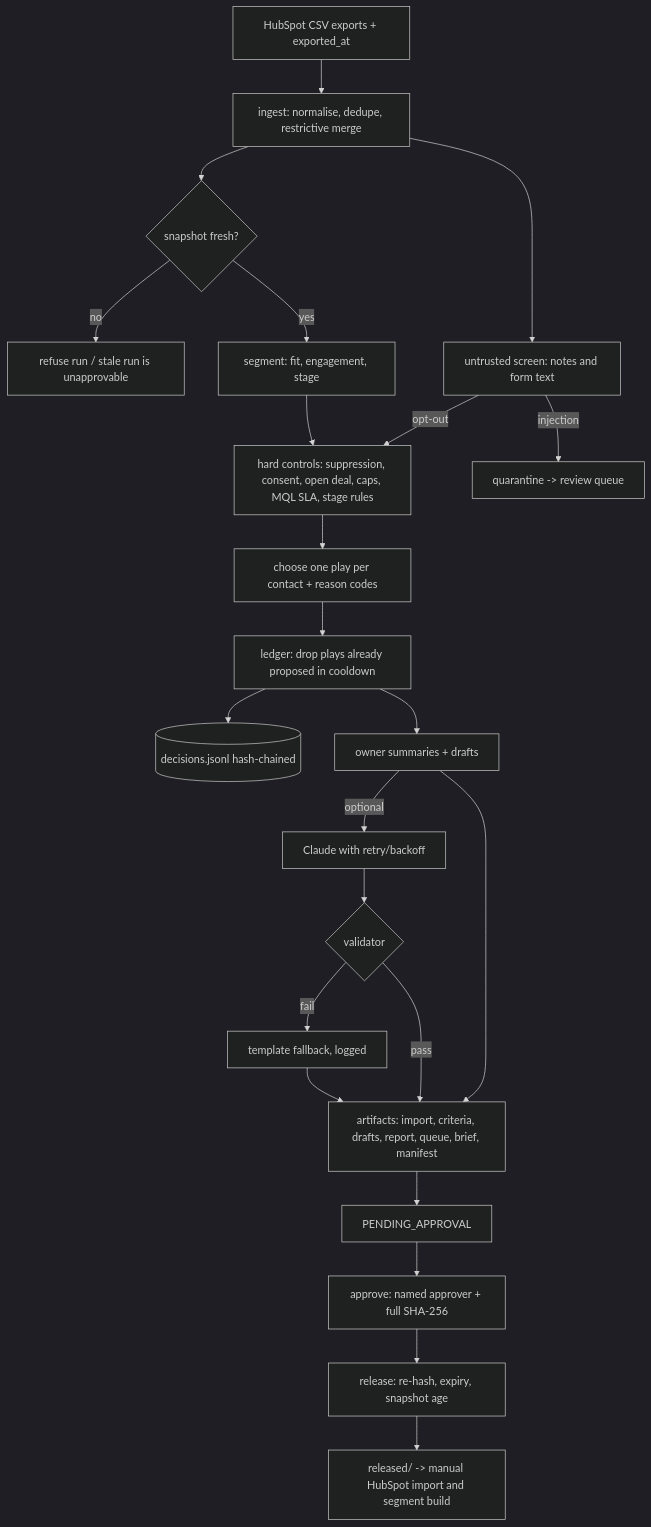
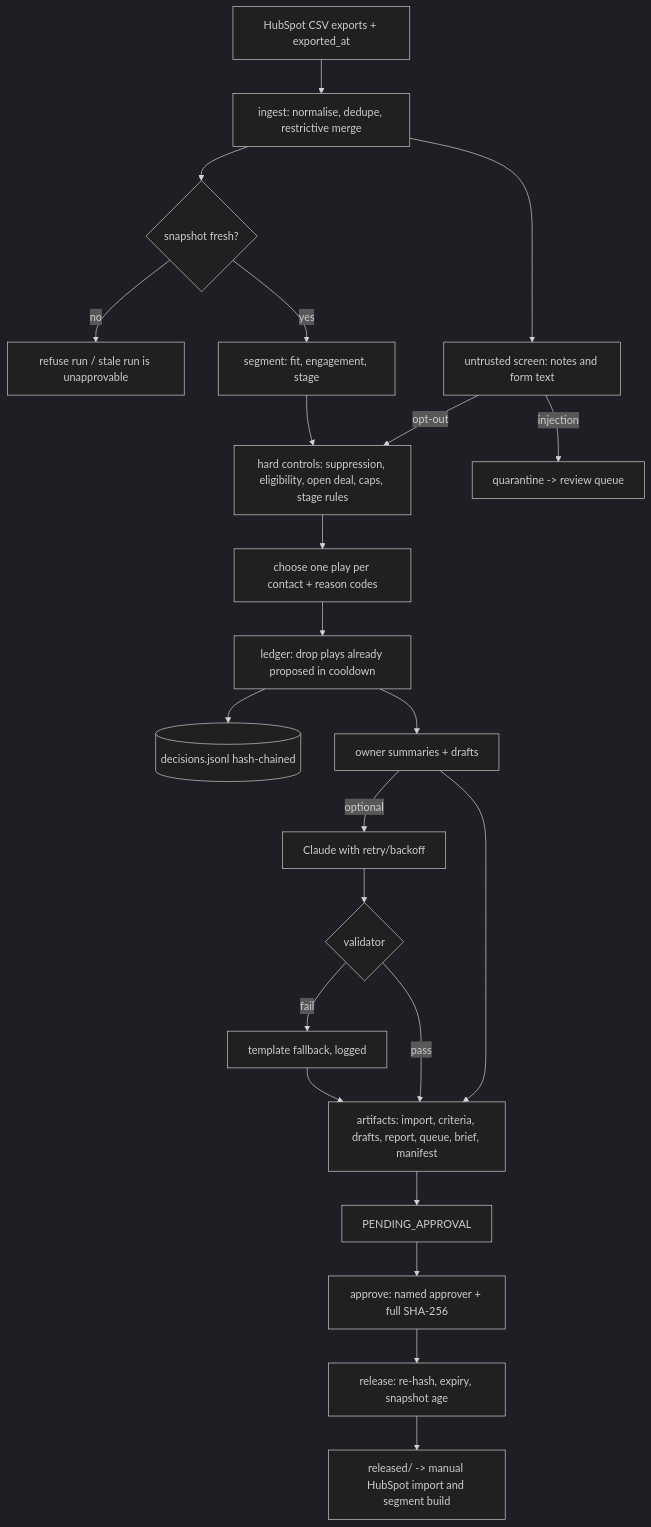
One commit to rubianaseem/lifecycle-marketing-agent changed the diagram in docs/ARCHITECTURE.md. Above: the diagram before and after it, drawn with Mermaid (dark theme). The commit also changed other lines of this file and 39 other files, not shown here.

First line of the commit message:
Record 8 Nov policy decisions for low-fit review, MQL tasks, open deals and email eligibility.

````diff
--- a/docs/ARCHITECTURE.md
+++ b/docs/ARCHITECTURE.md
@@ -14,25 +14,25 @@
 ```mermaid
 flowchart TD
     A[HubSpot CSV exports + exported_at] --> B[ingest: normalise, dedupe, restrictive merge]
     B --> C{snapshot fresh?}
     C -- no --> X[refuse run / stale run is unapprovable]
     C -- yes --> D[segment: fit, engagement, stage]
     B --> U[untrusted screen: notes and form text]
     U -- opt-out --> E
     U -- injection --> Q[quarantine -> review queue]
-    D --> E[hard controls: suppression, consent, open deal, caps, MQL SLA, stage rules]
+    D --> E[hard controls: suppression, eligibility, open deal, caps, stage rules]
     E --> F[choose one play per contact + reason codes]
     F --> L[ledger: drop plays already proposed in cooldown]
     L --> T[(decisions.jsonl hash-chained)]
     L --> G[owner summaries + drafts]
     G -- optional --> M[Claude with retry/backoff]
     M --> V{validator}
     V -- fail --> G2[template fallback, logged]
     V -- pass --> H
     G2 --> H
     G --> H[artifacts: import, criteria, drafts, report, queue, brief, manifest]
     H --> P[PENDING_APPROVAL]
     P --> R[approve: named approver + full SHA-256]
     R --> S[release: re-hash, expiry, snapshot age]
     S --> Z[released/ -> manual HubSpot import and segment build]
 ```
````
